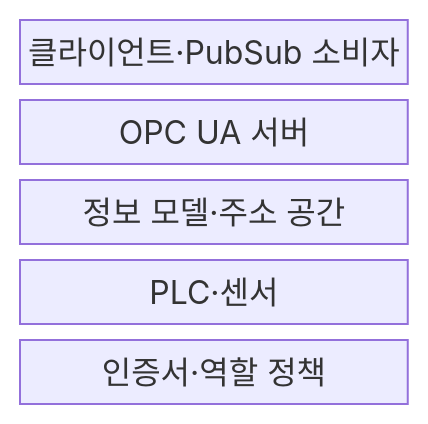
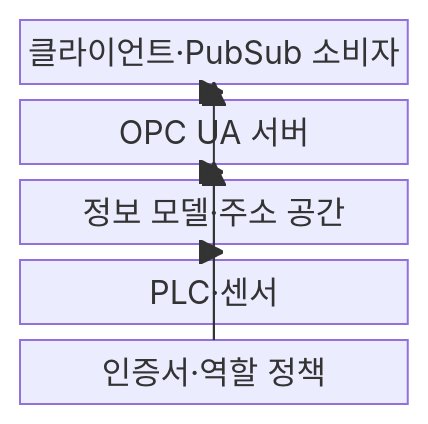
One commit to agnusdei1207/knowledge-base changed the first of 2 diagrams in src/content/docs/notes/04-network/079_opc_ua.md. Above: the diagram before and after it, drawn with Mermaid. The commit also changed other lines of this file and 20 other files, not shown here.

````diff
--- a/src/content/docs/notes/04-network/079_opc_ua.md
+++ b/src/content/docs/notes/04-network/079_opc_ua.md
@@ -58,9 +63,14 @@
 ```mermaid
 block-beta
     columns 1
     CLIENT["클라이언트·PubSub 소비자"]
     SERVER["OPC UA 서버"]
     MODEL["정보 모델·주소 공간"]
     DEVICE["PLC·센서"]
     SECURITY["인증서·역할 정책"]
+    DEVICE --> MODEL
+    MODEL --> SERVER
+    SERVER --> CLIENT
+    SECURITY --> SERVER
+    SECURITY --> CLIENT
 ```
````
